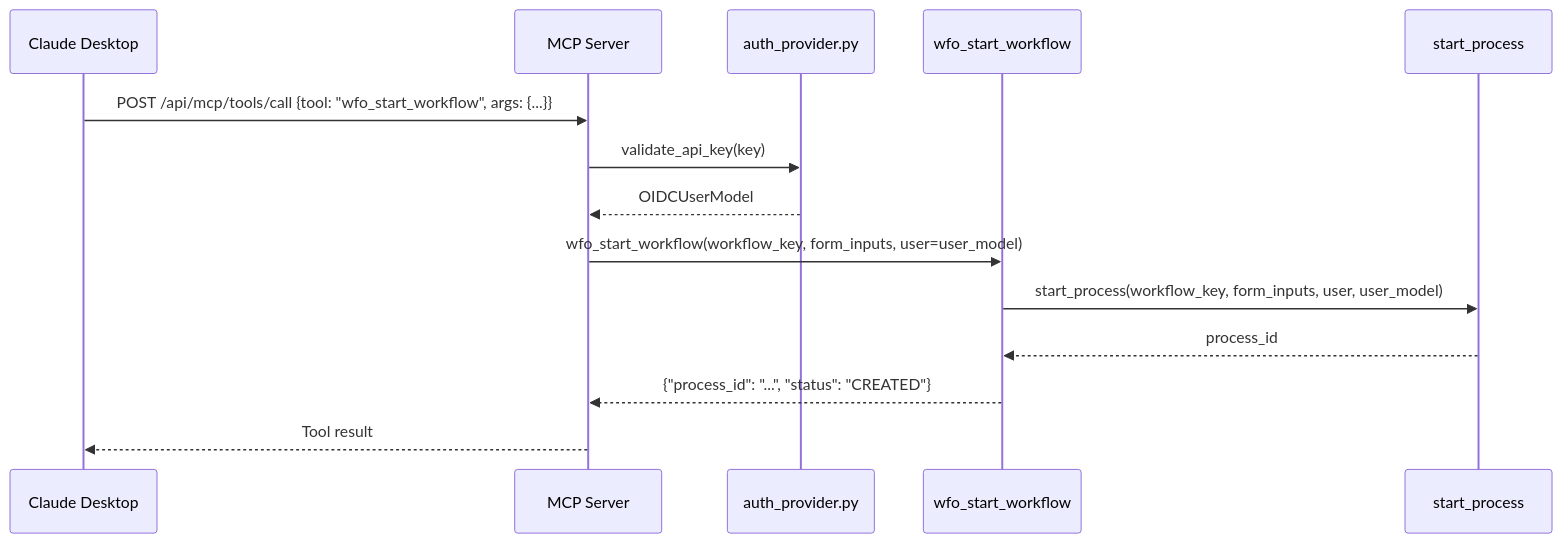
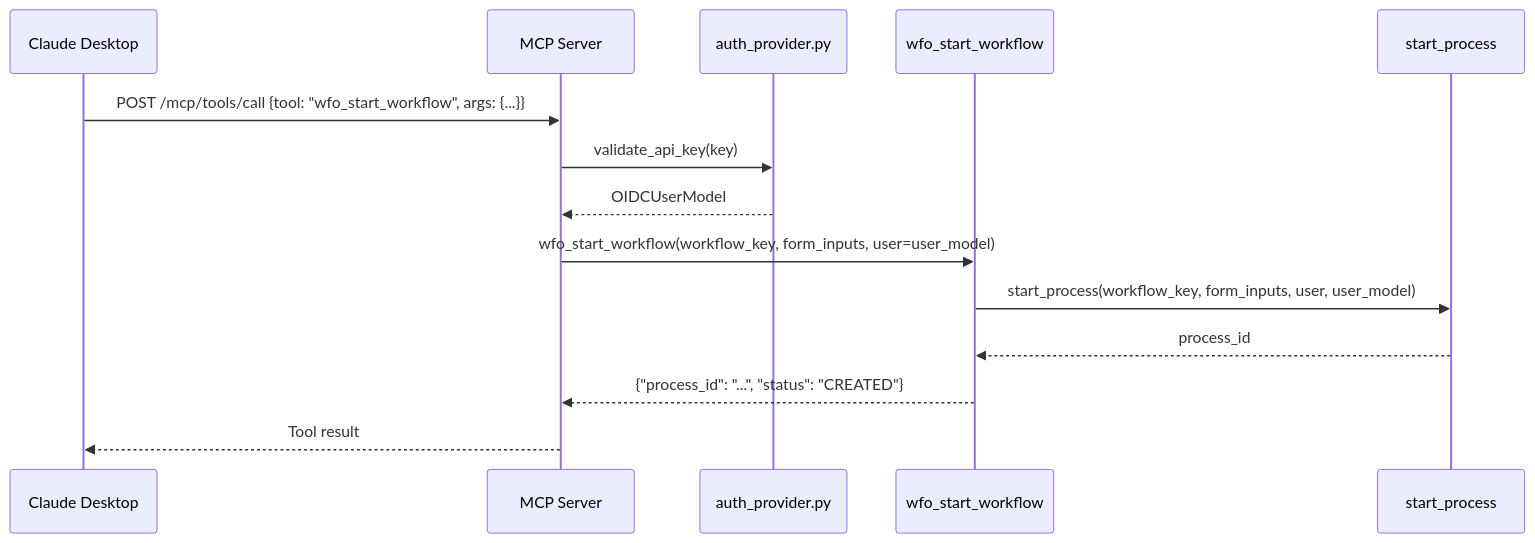
One commit to workfloworchestrator/orchestrator-core changed the third of 4 diagrams in docs/designs/1483-enable-ai-workflow-operations.md. Above: the diagram before and after it, drawn with Mermaid. The commit also changed other lines of this file and 1 other file, not shown here.

First line of the commit message:
refactor: mount MCP server at /mcp instead of /api/mcp

````diff
--- a/docs/designs/1483-enable-ai-workflow-operations.md
+++ b/docs/designs/1483-enable-ai-workflow-operations.md
@@ -1645,17 +1645,17 @@
 ```mermaid
 sequenceDiagram
     participant Claude as Claude Desktop
     participant MCP as MCP Server
     participant Auth as auth_provider.py
     participant Tool as wfo_start_workflow
     participant WFO as start_process
 
-    Claude->>MCP: POST /api/mcp/tools/call {tool: "wfo_start_workflow", args: {...}}
+    Claude->>MCP: POST /mcp/tools/call {tool: "wfo_start_workflow", args: {...}}
     MCP->>Auth: validate_api_key(key)
     Auth-->>MCP: OIDCUserModel
     MCP->>Tool: wfo_start_workflow(workflow_key, form_inputs, user=user_model)
     Tool->>WFO: start_process(workflow_key, form_inputs, user, user_model)
     WFO-->>Tool: process_id
     Tool-->>MCP: {"process_id": "...", "status": "CREATED"}
     MCP-->>Claude: Tool result
 ```
````
